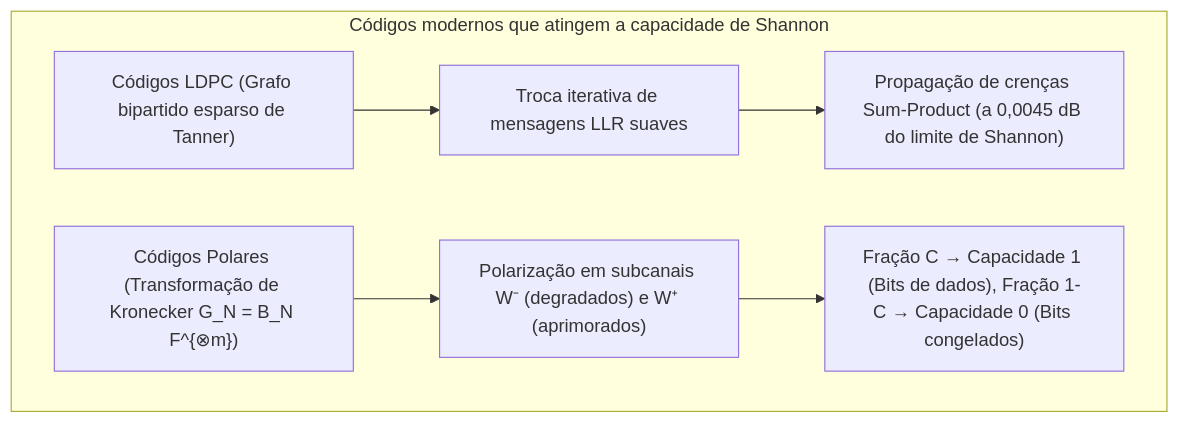
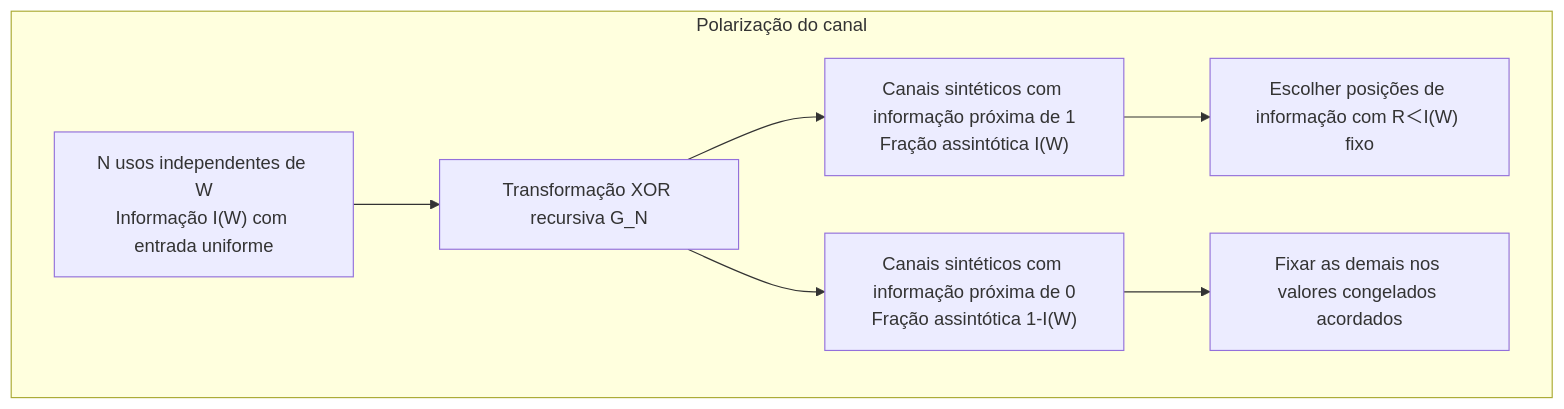
The fourth of 4 diagrams in content/post/error-correcting-codes-hamming-reed-solomon-ldpc-shannon-capacity-information-theory/index.pt.md (kenjinote/blog), drawn with Mermaid before and after one commit. The commit also changed other lines of this file and 14 other files, not shown here.

````diff
--- a/content/post/error-correcting-codes-hamming-reed-solomon-ldpc-shannon-capacity-information-theory/index.pt.md
+++ b/content/post/error-correcting-codes-hamming-reed-solomon-ldpc-shannon-capacity-information-theory/index.pt.md
@@ -133,9 +508,10 @@
 ```mermaid
 flowchart TD
-    subgraph CapPT["Códigos modernos que atingem a capacidade de Shannon"]
-        L1["Códigos LDPC (Grafo bipartido esparso de Tanner)"] --> L2["Troca iterativa de mensagens LLR suaves"]
-        L2 --> L3["Propagação de crenças Sum-Product (a 0,0045 dB do limite de Shannon)"]
-        P1["Códigos Polares (Transformação de Kronecker G_N = B_N F^{⊗m})"] --> P2["Polarização em subcanais W⁻ (degradados) e W⁺ (aprimorados)"]
-        P2 --> P3["Fração C → Capacidade 1 (Bits de dados), Fração 1-C → Capacidade 0 (Bits congelados)"]
+    subgraph Polar["Polarização do canal"]
+        W["N usos independentes de W<br/>Informação I(W) com entrada uniforme"] --> Kron["Transformação XOR recursiva G_N"]
+        Kron --> Good["Canais sintéticos com informação próxima de 1<br/>Fração assintótica I(W)"]
+        Kron --> Bad["Canais sintéticos com informação próxima de 0<br/>Fração assintótica 1-I(W)"]
+        Good --> Info["Escolher posições de informação com R＜I(W) fixo"]
+        Bad --> Frozen["Fixar as demais nos valores congelados acordados"]
     end
 ```
````
